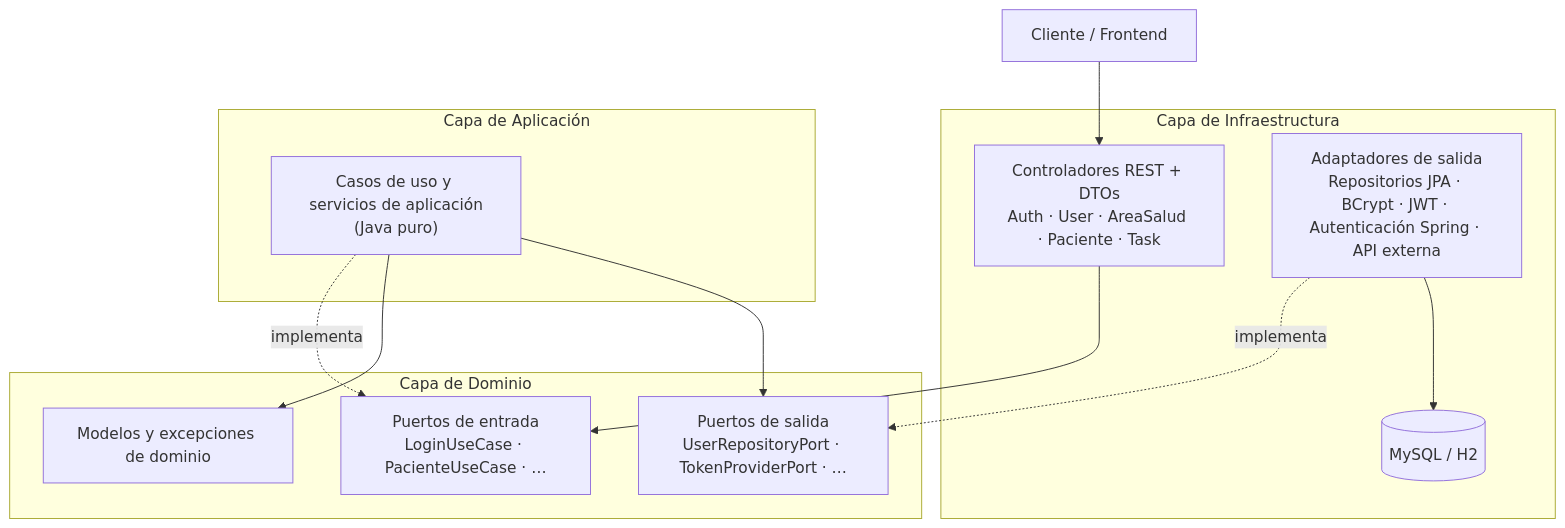
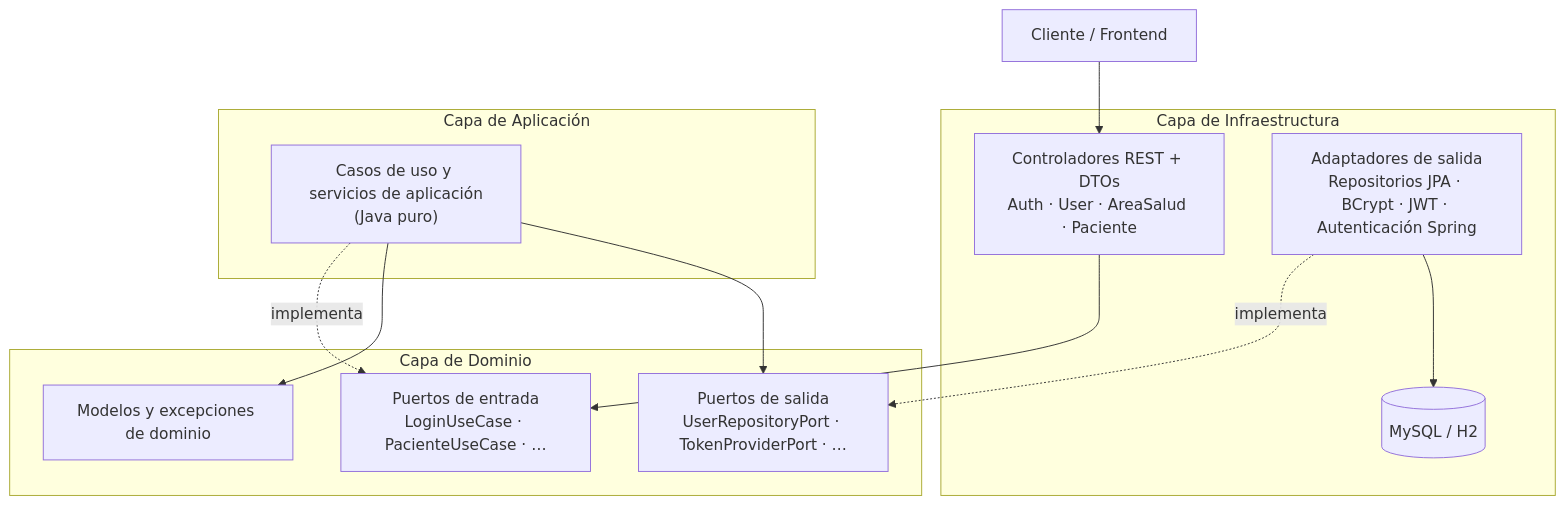
The second of 2 diagrams in README.md (josuexpositoacosta/oropouche), drawn with Mermaid before and after one commit. The commit also changed other lines of this file and 31 other files, not shown here.

````diff
--- a/README.md
+++ b/README.md
@@ -182,28 +181,28 @@
 ```mermaid
 flowchart TB
     CLIENT["Cliente / Frontend"]
 
     subgraph INFRA["Capa de Infraestructura"]
-        CTRL["Controladores REST + DTOs<br/>Auth · User · AreaSalud · Paciente · Task"]
-        ADAPTERS["Adaptadores de salida<br/>Repositorios JPA · BCrypt · JWT · Autenticación Spring · API externa"]
+        CTRL["Controladores REST + DTOs<br/>Auth · User · AreaSalud · Paciente"]
+        ADAPTERS["Adaptadores de salida<br/>Repositorios JPA · BCrypt · JWT · Autenticación Spring"]
         DB[("MySQL / H2")]
     end
 
     subgraph APP["Capa de Aplicación"]
         USECASE["Casos de uso y servicios de aplicación<br/>(Java puro)"]
     end
 
     subgraph DOMAIN["Capa de Dominio"]
         IN["Puertos de entrada<br/>LoginUseCase · PacienteUseCase · …"]
         MODEL["Modelos y excepciones de dominio"]
         OUT["Puertos de salida<br/>UserRepositoryPort · TokenProviderPort · …"]
     end
 
     CLIENT --> CTRL
     CTRL --> IN
     USECASE -.implementa.-> IN
     USECASE --> MODEL
     USECASE --> OUT
     ADAPTERS -.implementa.-> OUT
     ADAPTERS --> DB
 ```
````
